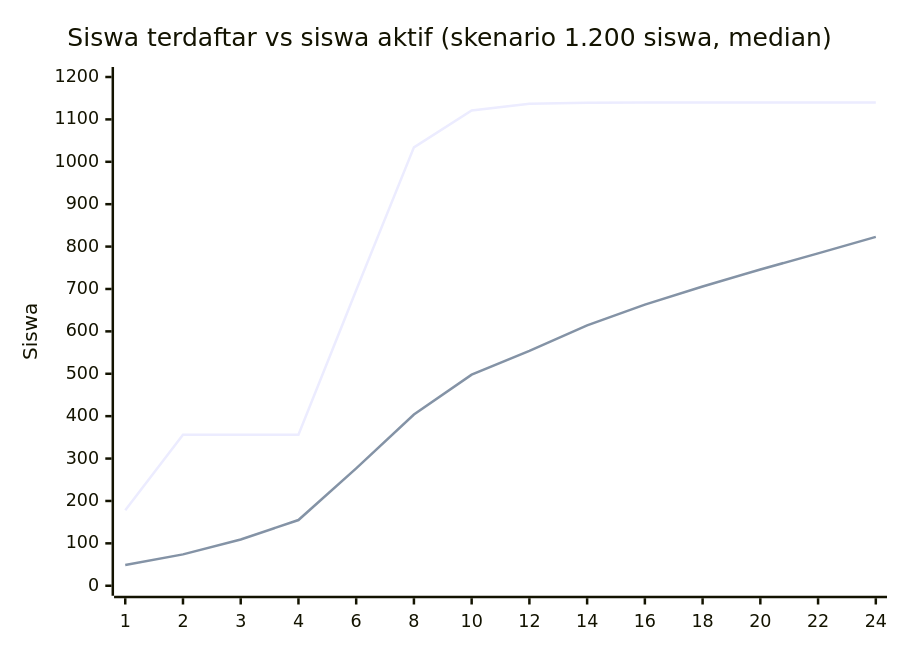
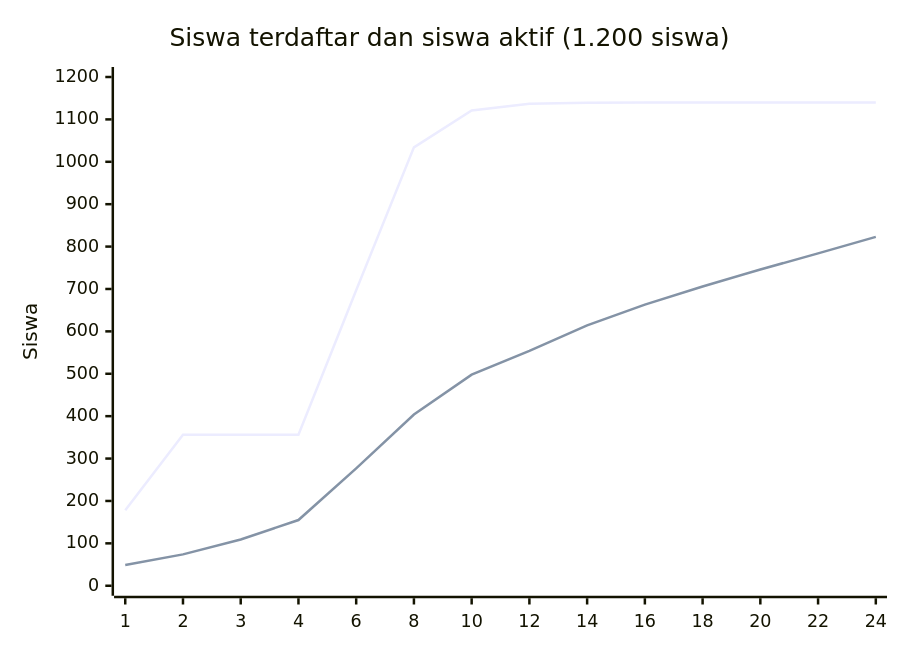
One commit to revaldyas/telkom-student-portal changed the diagram in docs/SIMULASI.md. Above: the diagram before and after it, drawn with Mermaid. The commit also changed other lines of this file and 7 other files, not shown here.

````diff
--- a/docs/SIMULASI.md
+++ b/docs/SIMULASI.md
@@ -65,8 +26,8 @@
 ```mermaid
 xychart-beta
-    title "Siswa terdaftar vs siswa aktif (skenario 1.200 siswa, median)"
+    title "Siswa terdaftar dan siswa aktif (1.200 siswa)"
     x-axis [1, 2, 3, 4, 6, 8, 10, 12, 14, 16, 18, 20, 22, 24]
     y-axis "Siswa" 0 --> 1200
     line [178, 356, 356, 356, 697, 1034, 1121, 1137, 1139, 1140, 1140, 1140, 1140, 1140]
     line [49, 74, 109, 155, 277, 404, 498, 554, 614, 663, 706, 746, 784, 823]
 ```
````
